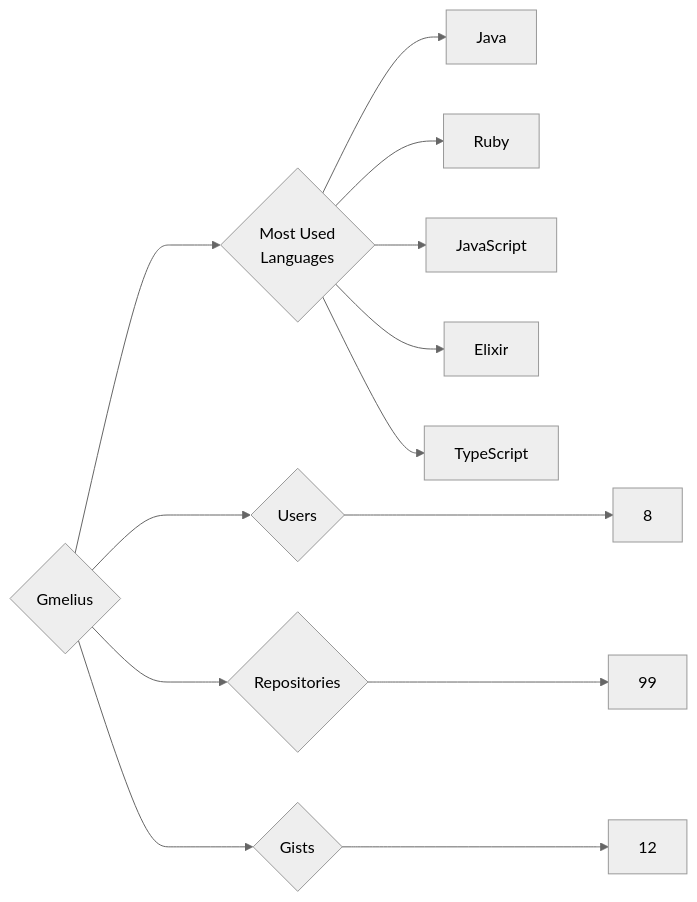
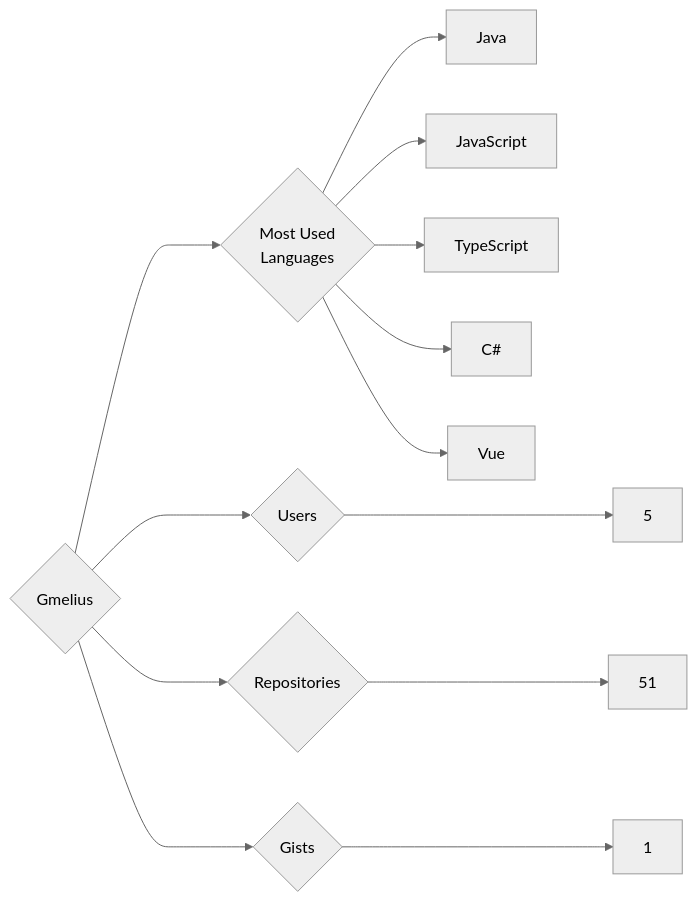
One commit to trickest/insiders changed the diagram in targets/Gmelius/README.md. Above: the diagram before and after it, drawn with Mermaid (neutral theme). The commit also changed 932 other files, not shown here.

````diff
--- a/targets/Gmelius/README.md
+++ b/targets/Gmelius/README.md
@@ -3,13 +3,13 @@
 ```mermaid
 graph LR
 COMPANY_NAME{Gmelius}
-COMPANY_NAME ---> U{Users} ---> UN[8]
-COMPANY_NAME ---> R{Repositories} ---> RN[99]
-COMPANY_NAME ---> G{Gists} ---> GN[12]
+COMPANY_NAME ---> U{Users} ---> UN[5]
+COMPANY_NAME ---> R{Repositories} ---> RN[51]
+COMPANY_NAME ---> G{Gists} ---> GN[1]
 COMPANY_NAME ---> ML{Most Used<br>Languages}
 ML --> Java[Java]
-ML --> Ruby[Ruby]
 ML --> JavaScript[JavaScript]
-ML --> Elixir[Elixir]
 ML --> TypeScript[TypeScript]
+ML --> C#[C#]
+ML --> Vue[Vue]
 ```
````
